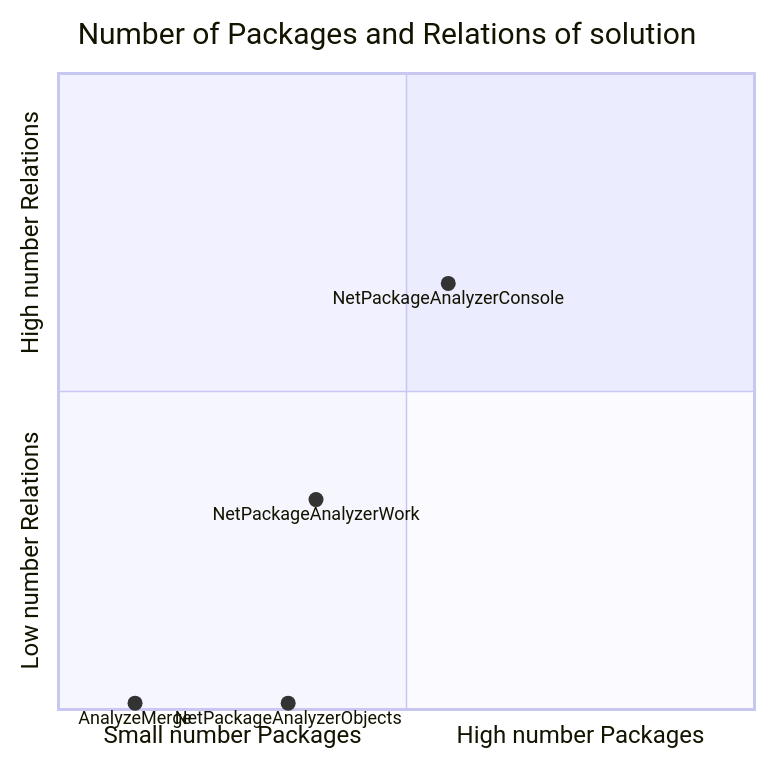
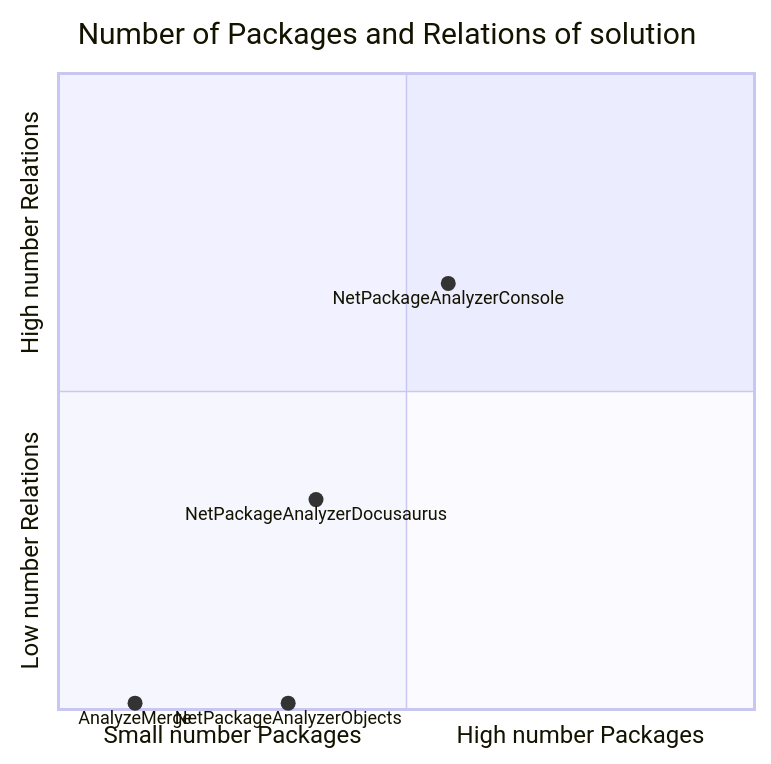
The first of 2 diagrams in src/documentation/docs/Analysis/NetPackageAnalyzer/ProjectRelation.md (ignatandrei/PackageAnalyzer), drawn with Mermaid before and after one commit. The commit also changed other lines of this file and 172 other files, not shown here.

````diff
--- a/src/documentation/docs/Analysis/NetPackageAnalyzer/ProjectRelation.md
+++ b/src/documentation/docs/Analysis/NetPackageAnalyzer/ProjectRelation.md
@@ -6,16 +6,16 @@
 ```mermaid
 
 quadrantChart
     title Number of Packages and Relations of solution
     x-axis Small number Packages --> High number Packages
     y-axis Low number Relations --> High number Relations
 
 AnalyzeMerge: [0.11,0.01]
 
 NetPackageAnalyzerConsole: [0.56,0.67]
 
+NetPackageAnalyzerDocusaurus: [0.37,0.33]
+
 NetPackageAnalyzerObjects: [0.33,0.01]
-
-NetPackageAnalyzerWork: [0.37,0.33]
     
 ```
````
